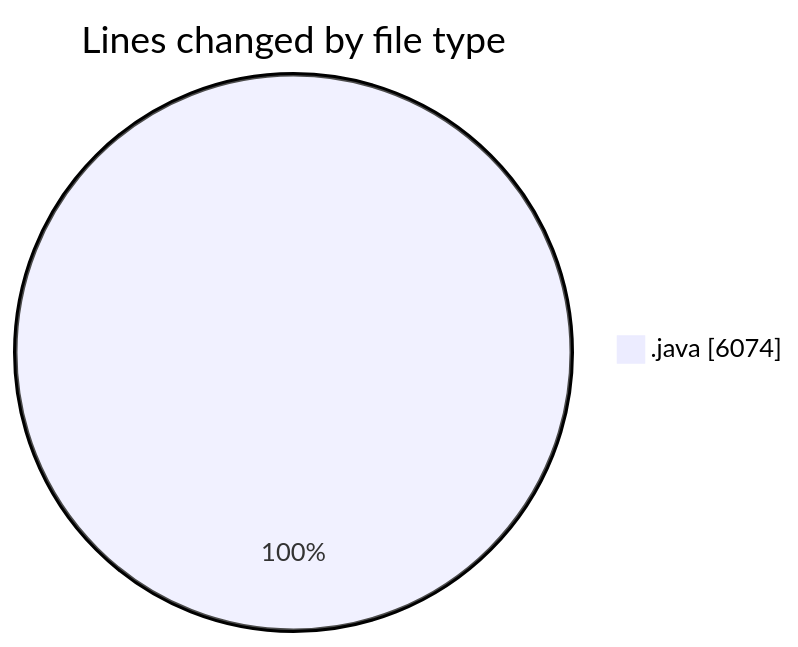
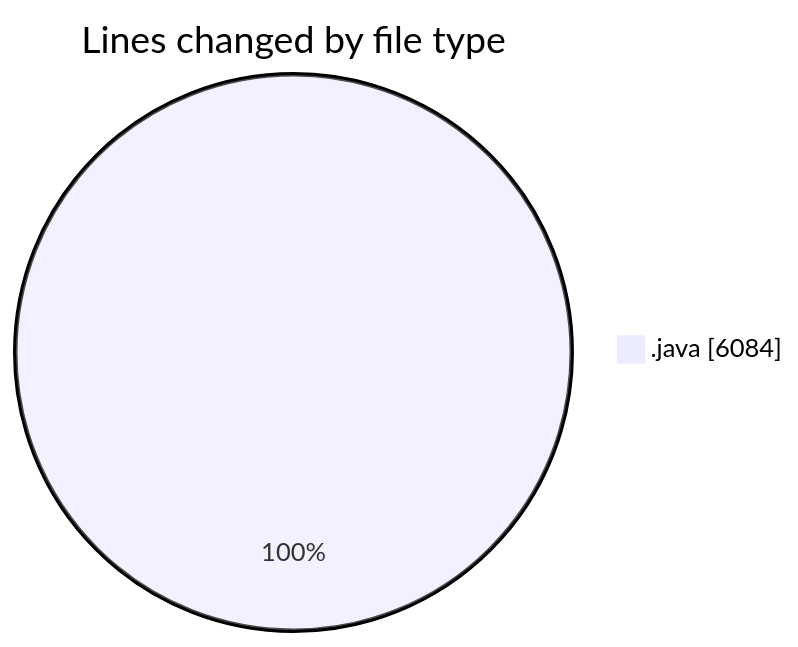
The first of 2 diagrams in 2026-05-05/cilapp/README.md (ricardozamudiocil/code-tracking), drawn with Mermaid before and after one commit. The commit also changed other lines of this file and 1 other file, not shown here.

````diff
--- a/2026-05-05/cilapp/README.md
+++ b/2026-05-05/cilapp/README.md
@@ -26,5 +26,5 @@
 ```mermaid
 pie showData
 title Lines changed by file type
-".java" : 6074
+".java" : 6084
 ```
````
